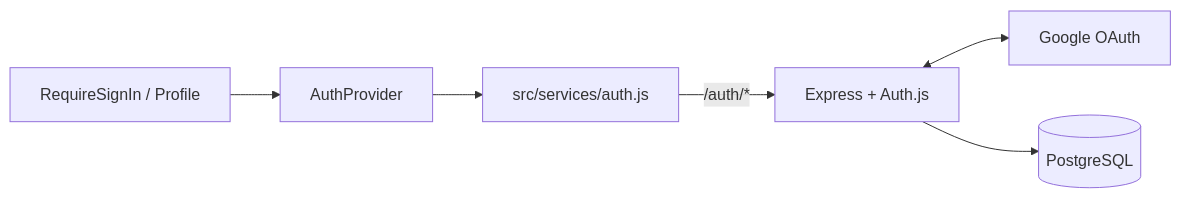
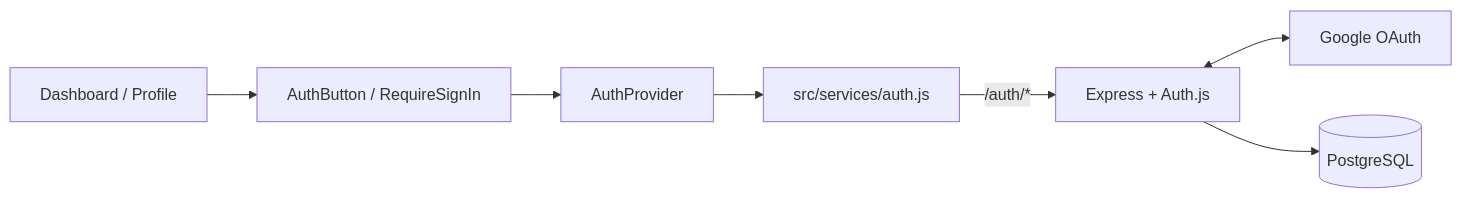
The diagram in docs/alpha/authentication-architecture.md (6Beaming/Thesis-Rewrite-Lab), drawn with Mermaid before and after one commit. The commit also changed other lines of this file, not shown here.

Commit message:
docs: revert changes in auth doc

````diff
--- a/docs/alpha/authentication-architecture.md
+++ b/docs/alpha/authentication-architecture.md
@@ -9,8 +10,9 @@
 ```mermaid
 flowchart LR
-    UI["RequireSignIn / Profile"] --> Provider["AuthProvider"]
+    UI["Dashboard / Profile"] --> Components["AuthButton / RequireSignIn"]
+    Components --> Provider["AuthProvider"]
     Provider --> Client["src/services/auth.js"]
     Client -->|"/auth/*"| Server["Express + Auth.js"]
     Server <--> Google["Google OAuth"]
     Server --> Database[("PostgreSQL")]
 ```
````
